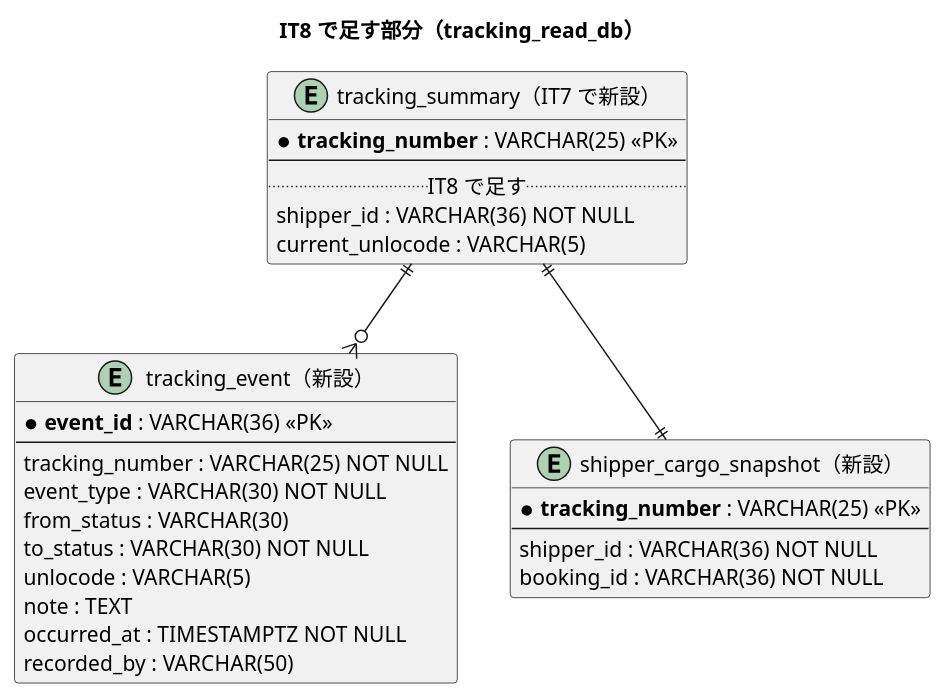
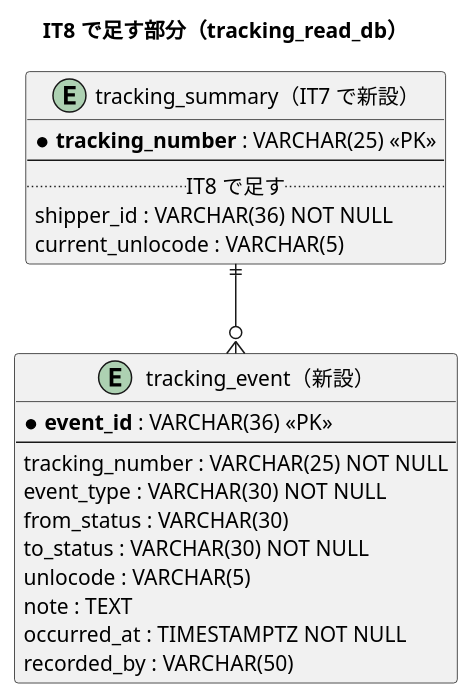
Before and after one commit to k2works/case-study-cargo-tracker: the third of 4 diagrams in docs/development/cargo-tracker/iteration_plan-8.md, drawn with PlantUML. The commit also changed other lines of this file and 26 other files, not shown here.

````diff
--- a/docs/development/cargo-tracker/iteration_plan-8.md
+++ b/docs/development/cargo-tracker/iteration_plan-8.md
@@ -293,36 +293,28 @@
 ```plantuml
 @startuml
 title IT8 で足す部分（tracking_read_db）
 
 entity "tracking_summary（IT7 で新設）" as ts {
   * **tracking_number** : VARCHAR(25) <<PK>>
   --
   ..IT8 で足す..
   shipper_id : VARCHAR(36) NOT NULL
   current_unlocode : VARCHAR(5)
 }
 
 entity "tracking_event（新設）" as te {
   * **event_id** : VARCHAR(36) <<PK>>
   --
   tracking_number : VARCHAR(25) NOT NULL
   event_type : VARCHAR(30) NOT NULL
   from_status : VARCHAR(30)
   to_status : VARCHAR(30) NOT NULL
   unlocode : VARCHAR(5)
   note : TEXT
   occurred_at : TIMESTAMPTZ NOT NULL
   recorded_by : VARCHAR(50)
 }
 
-entity "shipper_cargo_snapshot（新設）" as scs {
-  * **tracking_number** : VARCHAR(25) <<PK>>
-  --
-  shipper_id : VARCHAR(36) NOT NULL
-  booking_id : VARCHAR(36) NOT NULL
-}
-
 ts ||--o{ te
-ts ||--|| scs
 @enduml
 ```
````
